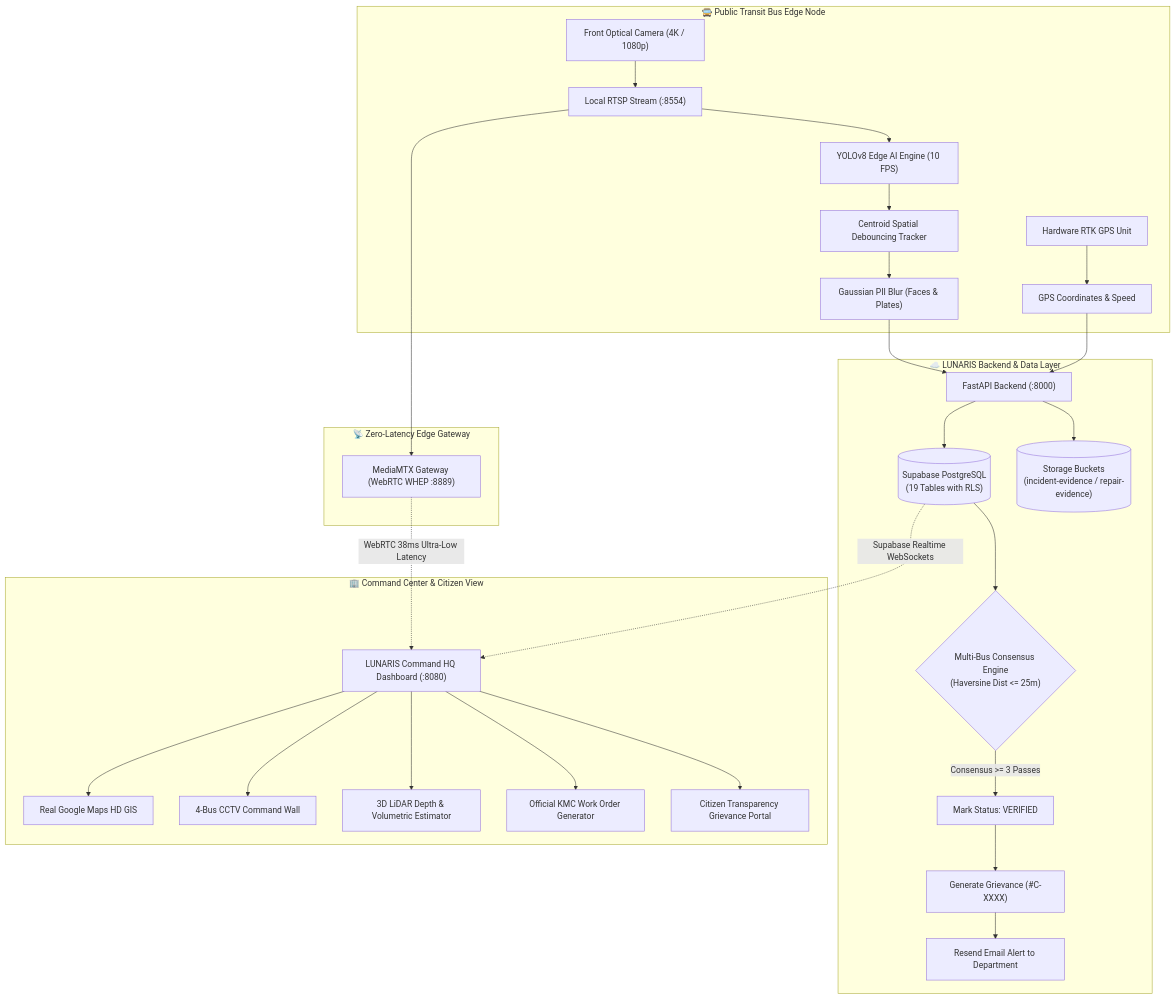
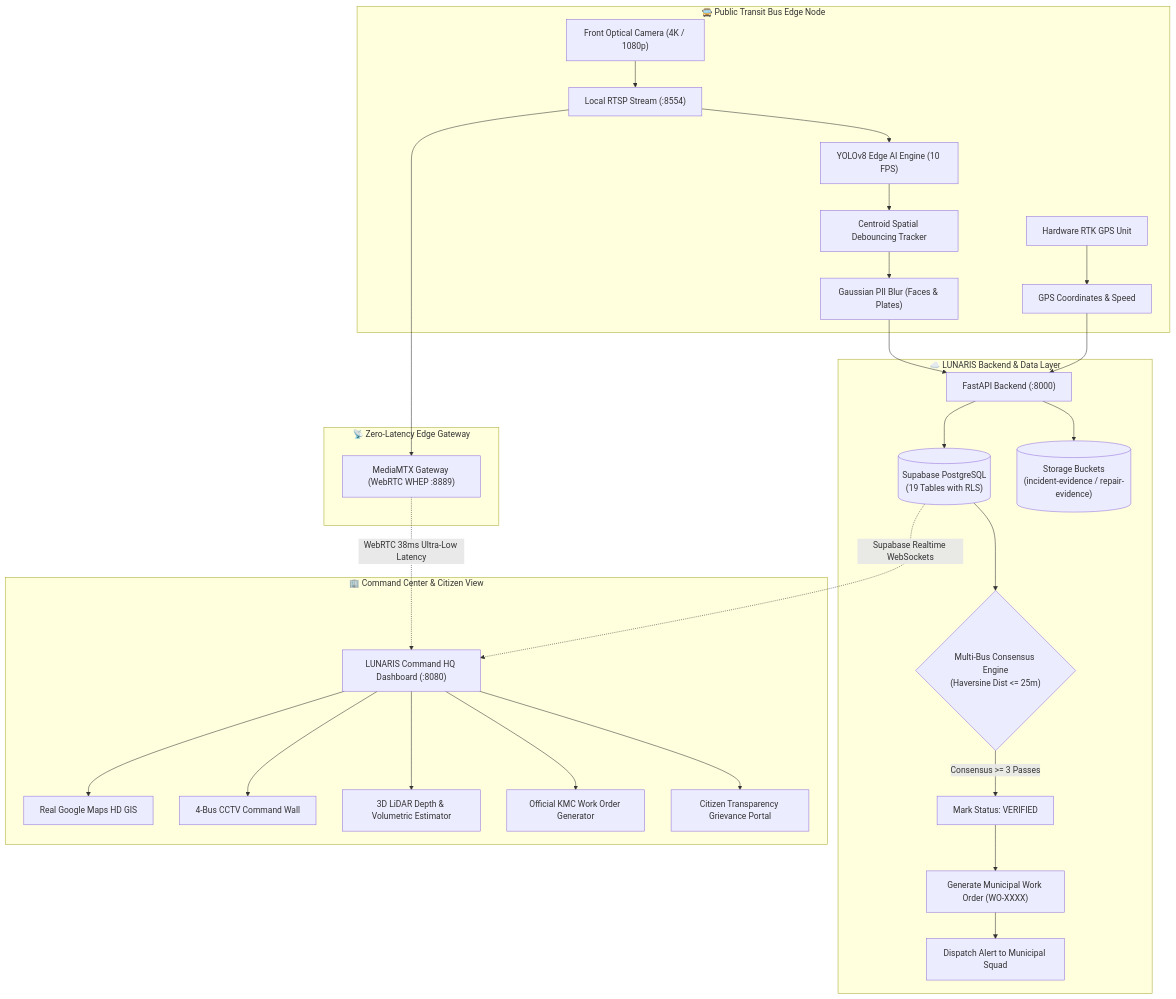
The first of 3 diagrams in README.md (subhadeepnandi43-sys/LUNARIS---AI_URBAN_INTELLIGENCE), drawn with Mermaid before and after one commit. The commit also changed other lines of this file and 24 other files, not shown here.

````diff
--- a/README.md
+++ b/README.md
@@ -64,35 +64,35 @@
 ```mermaid
 flowchart TD
     subgraph FleetNode["🚍 Public Transit Bus Edge Node"]
         CAM["Front Optical Camera (4K / 1080p)"] --> RTSP["Local RTSP Stream (:8554)"]
         GPS["Hardware RTK GPS Unit"] --> TELEM["GPS Coordinates & Speed"]
         RTSP --> YOLO["YOLOv8 Edge AI Engine (10 FPS)"]
         YOLO --> DEBOUNCE["Centroid Spatial Debouncing Tracker"]
         DEBOUNCE --> BLUR["Gaussian PII Blur (Faces & Plates)"]
     end
 
     subgraph StreamingEngine["📡 Zero-Latency Edge Gateway"]
         RTSP --> MMTX["MediaMTX Gateway (WebRTC WHEP :8889)"]
     end
 
     subgraph CloudCore["☁️ LUNARIS Backend & Data Layer"]
         BLUR --> API["FastAPI Backend (:8000)"]
         TELEM --> API
         API --> DB[("Supabase PostgreSQL\n(19 Tables with RLS)")]
         API --> S3[("Storage Buckets\n(incident-evidence / repair-evidence)")]
         DB --> CONSENSUS{"Multi-Bus Consensus Engine\n(Haversine Dist <= 25m)"}
         CONSENSUS -- "Consensus >= 3 Passes" --> VERIFIED["Mark Status: VERIFIED"]
-        VERIFIED --> COMPLAINT["Generate Grievance (#C-XXXX)"]
-        COMPLAINT --> EMAIL["Resend Email Alert to Department"]
+        VERIFIED --> WORKORDER["Generate Municipal Work Order (WO-XXXX)"]
+        WORKORDER --> DISPATCH["Dispatch Alert to Municipal Squad"]
     end
 
     subgraph CommandHQ["🏢 Command Center & Citizen View"]
         DB -.->|Supabase Realtime WebSockets| UI["LUNARIS Command HQ Dashboard (:8080)"]
         MMTX -.->|WebRTC 38ms Ultra-Low Latency| UI
         UI --> GIS["Real Google Maps HD GIS"]
         UI --> MATRIX["4-Bus CCTV Command Wall"]
         UI --> THREE["3D LiDAR Depth & Volumetric Estimator"]
         UI --> PDF["Official KMC Work Order Generator"]
         UI --> CITIZEN["Citizen Transparency Grievance Portal"]
     end
 ```
````
